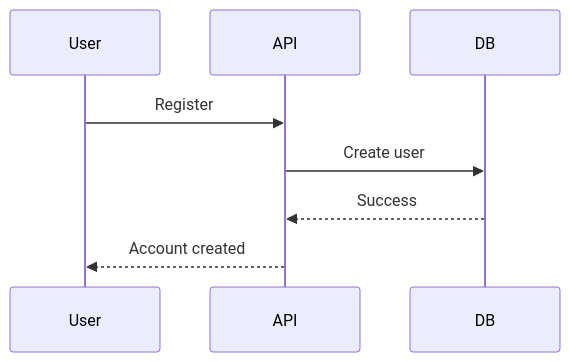
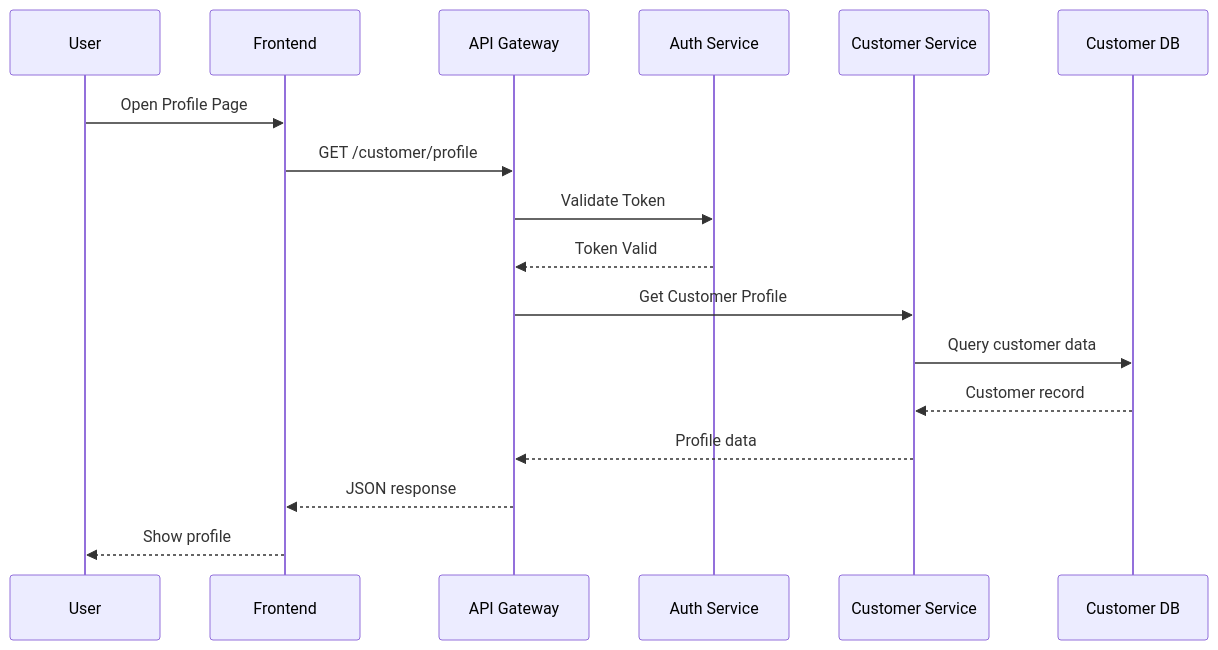
One commit to nalathip112/mermaid-diagram-design changed the second of 2 diagrams in README.md. Above: the diagram before and after it, drawn with Mermaid. The commit also changed other lines of this file, not shown here.

````diff
--- a/README.md
+++ b/README.md
@@ -13,7 +13,15 @@
 ```mermaid
 sequenceDiagram
-User->>API: Register
-API->>DB: Create user
-DB-->>API: Success
-API-->>User: Account created
+User->>Frontend: Open Profile Page
+Frontend->>API Gateway: GET /customer/profile
+API Gateway->>Auth Service: Validate Token
+Auth Service-->>API Gateway: Token Valid
+
+API Gateway->>Customer Service: Get Customer Profile
+Customer Service->>Customer DB: Query customer data
+Customer DB-->>Customer Service: Customer record
+
+Customer Service-->>API Gateway: Profile data
+API Gateway-->>Frontend: JSON response
+Frontend-->>User: Show profile
 ```
````
